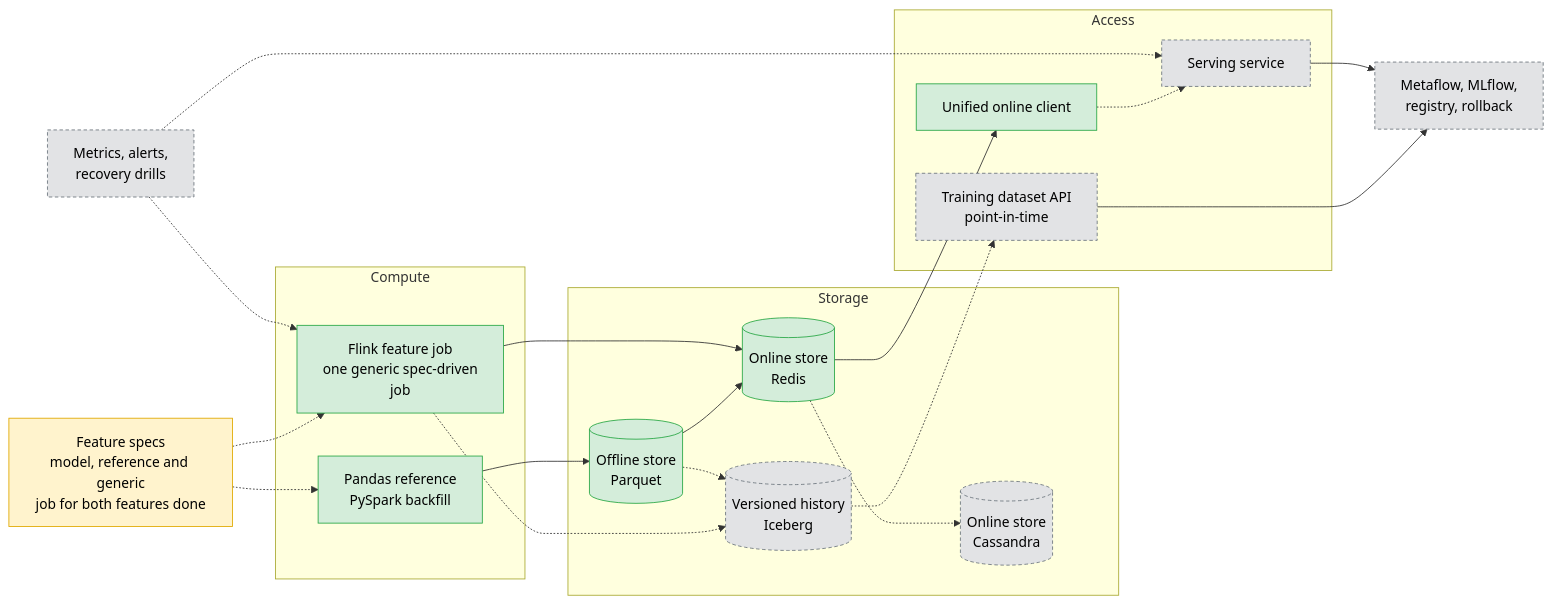
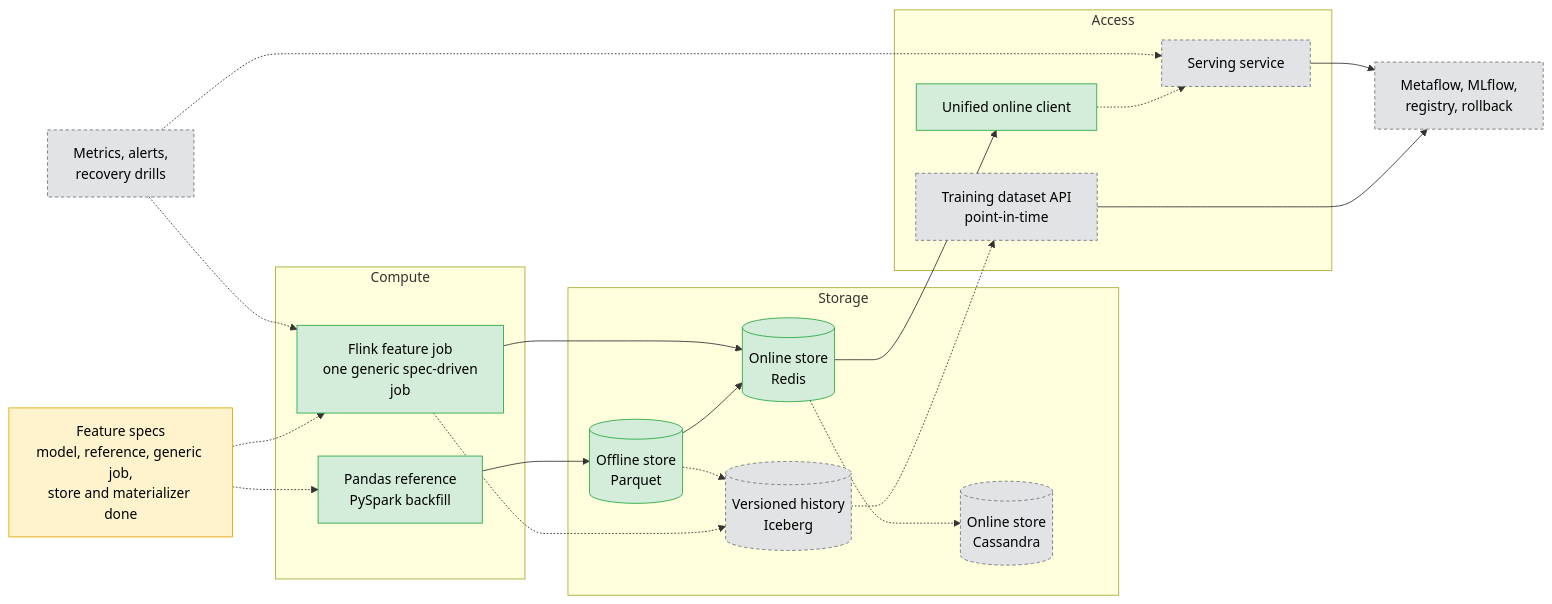
One commit to oster-dev/featureforge changed the first of 4 diagrams in docs/PLATFORM_BLUEPRINT.md. Above: the diagram before and after it, drawn with Mermaid. The commit also changed other lines of this file and 8 other files, not shown here.

````diff
--- a/docs/PLATFORM_BLUEPRINT.md
+++ b/docs/PLATFORM_BLUEPRINT.md
@@ -42,40 +45,40 @@
 ```mermaid
 flowchart LR
-    SPEC["Feature specs<br/>model, reference and generic<br/>job for both features done"]:::wip
+    SPEC["Feature specs<br/>model, reference, generic job,<br/>store and materializer done"]:::wip
 
     subgraph Compute
         BATCH[Pandas reference<br/>PySpark backfill]:::done
         STREAM[Flink feature job<br/>one generic spec-driven<br/>job]:::done
     end
 
     subgraph Storage
         OFF[(Offline store<br/>Parquet)]:::done
         HIST[(Versioned history<br/>Iceberg)]:::plan
         ON[(Online store<br/>Redis)]:::done
         ON2[(Online store<br/>Cassandra)]:::plan
     end
 
     subgraph Access
         CLIENT[Unified online client]:::done
         DATASET[Training dataset API<br/>point-in-time]:::plan
         SERVICE[Serving service]:::plan
     end
 
     ML[Metaflow, MLflow,<br/>registry, rollback]:::plan
     OBS[Metrics, alerts,<br/>recovery drills]:::plan
 
     SPEC -.-> BATCH & STREAM
     BATCH --> OFF --> ON
     STREAM --> ON
     STREAM -.-> HIST
     OFF -.-> HIST
     ON --> CLIENT
     ON -.-> ON2
     HIST -.-> DATASET --> ML
     CLIENT -.-> SERVICE --> ML
     OBS -.-> STREAM & SERVICE
 
     classDef done fill:#d4edda,stroke:#28a745,color:#000
     classDef wip fill:#fff3cd,stroke:#e0a800,color:#000
     classDef plan fill:#e2e3e5,stroke:#6c757d,color:#000,stroke-dasharray: 4 3
 ```
````
